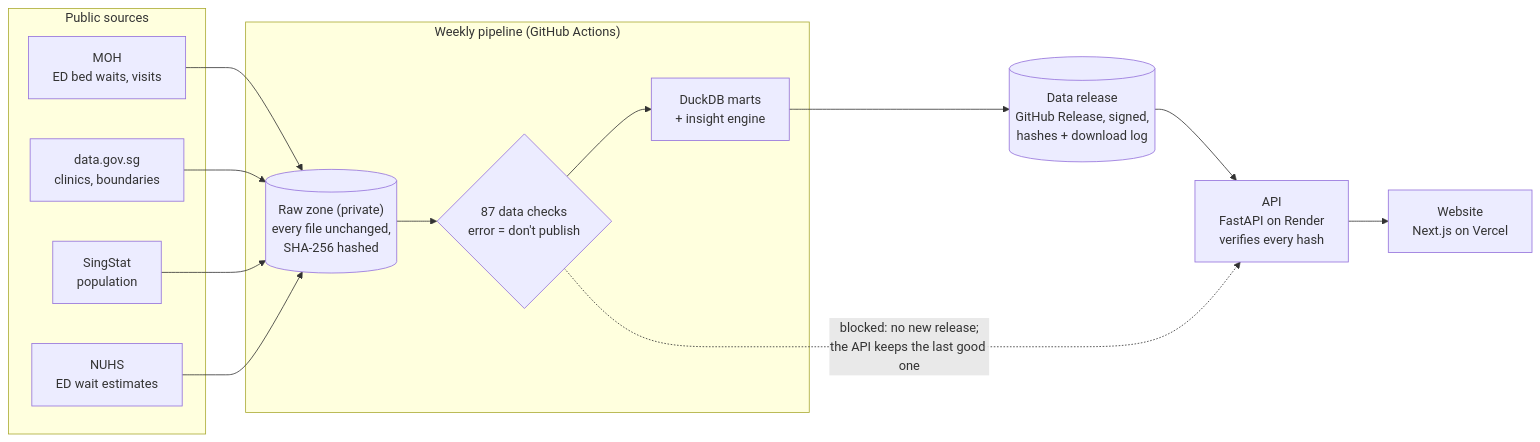
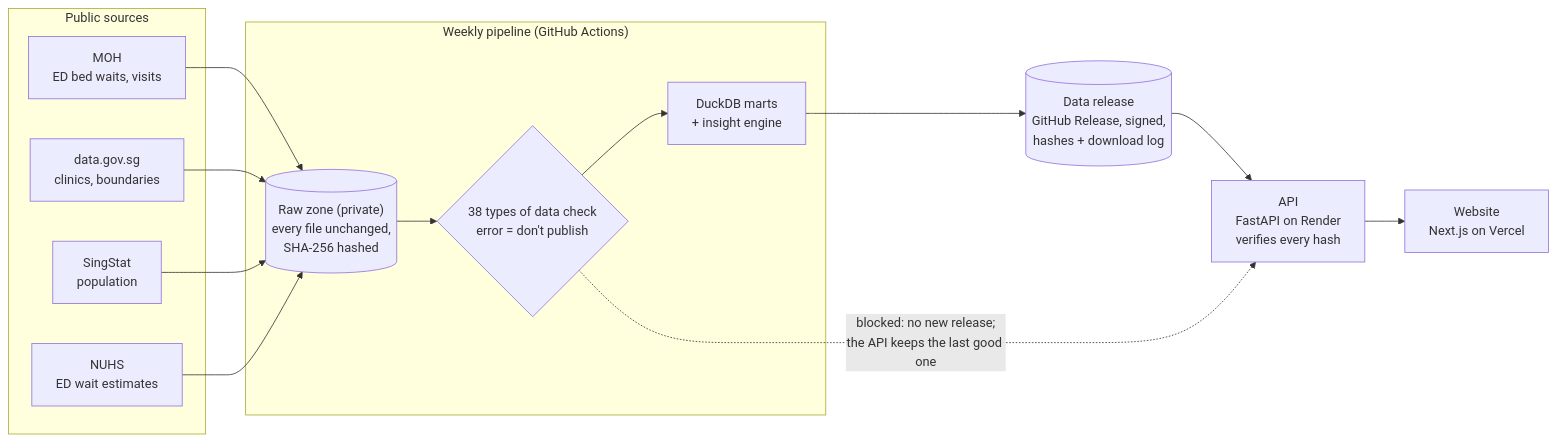
One commit to gabrielneo/sg-care-capacity changed the diagram in README.md. Above: the diagram before and after it, drawn with Mermaid. The commit also changed other lines of this file and 8 other files, not shown here.

````diff
--- a/README.md
+++ b/README.md
@@ -79,19 +79,19 @@
 ```mermaid
 flowchart LR
   subgraph Sources["Public sources"]
     MOH["MOH<br/>ED bed waits, visits"]
     DG["data.gov.sg<br/>clinics, boundaries"]
     SS["SingStat<br/>population"]
     NUHS["NUHS<br/>ED wait estimates"]
   end
   subgraph Pipeline["Weekly pipeline (GitHub Actions)"]
     RAW[("Raw zone (private)<br/>every file unchanged,<br/>SHA-256 hashed")]
-    DQ{"87 data checks<br/>error = don't publish"}
+    DQ{"38 types of data check<br/>error = don't publish"}
     MART["DuckDB marts<br/>+ insight engine"]
   end
   REL[("Data release<br/>GitHub Release, signed,<br/>hashes + download log")]
   API["API<br/>FastAPI on Render<br/>verifies every hash"]
   WEB["Website<br/>Next.js on Vercel"]
   MOH & DG & SS & NUHS --> RAW --> DQ --> MART --> REL --> API --> WEB
   DQ -. "blocked: no new release;<br/>the API keeps the last good one" .-> API
 ```
````
